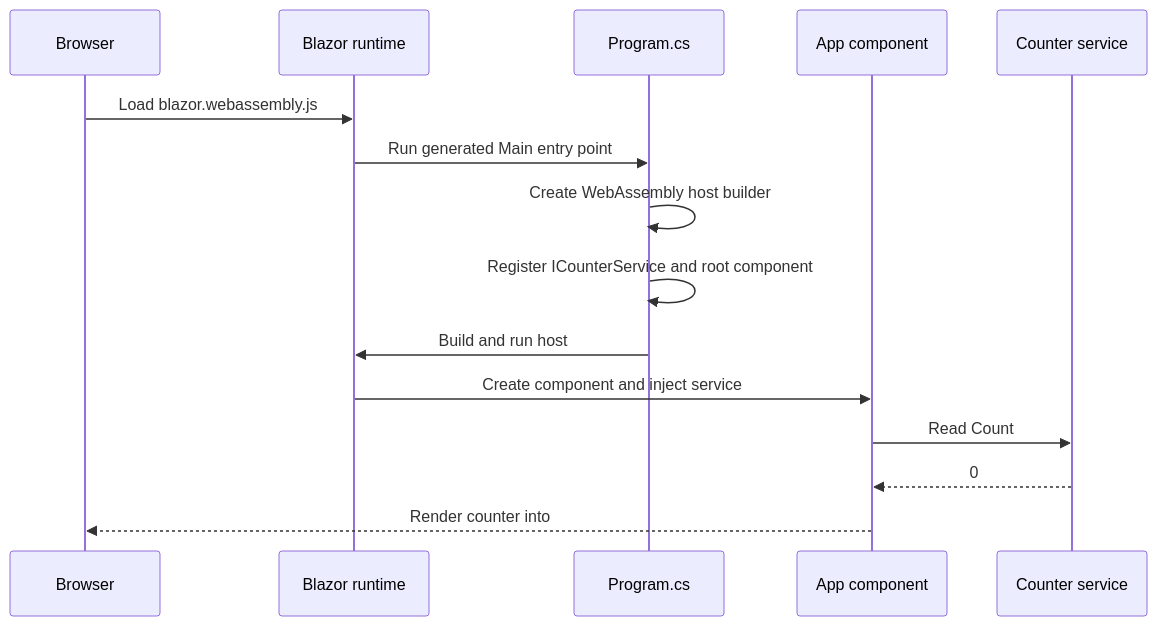
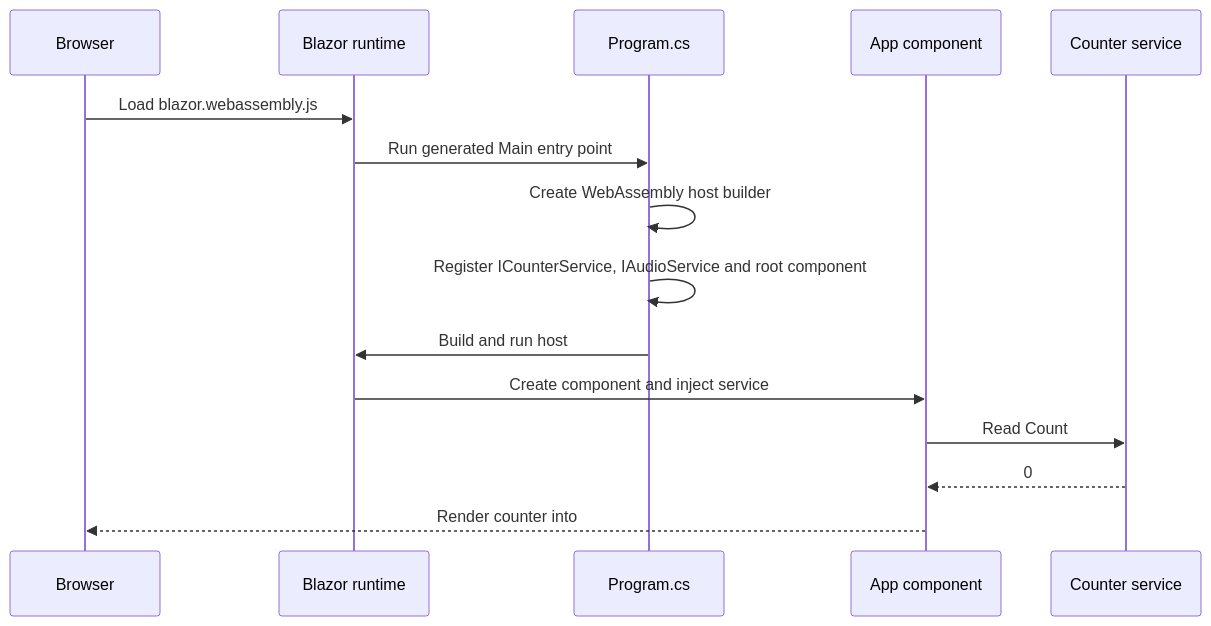
The second of 4 diagrams in README.md (wgabel/orbit2), drawn with Mermaid before and after one commit. The commit also changed other lines of this file and 11 other files, not shown here.

````diff
--- a/README.md
+++ b/README.md
@@ -49,17 +53,17 @@
 ```mermaid
 sequenceDiagram
     participant B as Browser
     participant R as Blazor runtime
     participant P as Program.cs
     participant C as App component
     participant S as Counter service
     B->>R: Load blazor.webassembly.js
     R->>P: Run generated Main entry point
     P->>P: Create WebAssembly host builder
-    P->>P: Register ICounterService and root component
+    P->>P: Register ICounterService, IAudioService and root component
     P->>R: Build and run host
     R->>C: Create component and inject service
     C->>S: Read Count
     S-->>C: 0
     C-->>B: Render counter into #app
 ```
````
